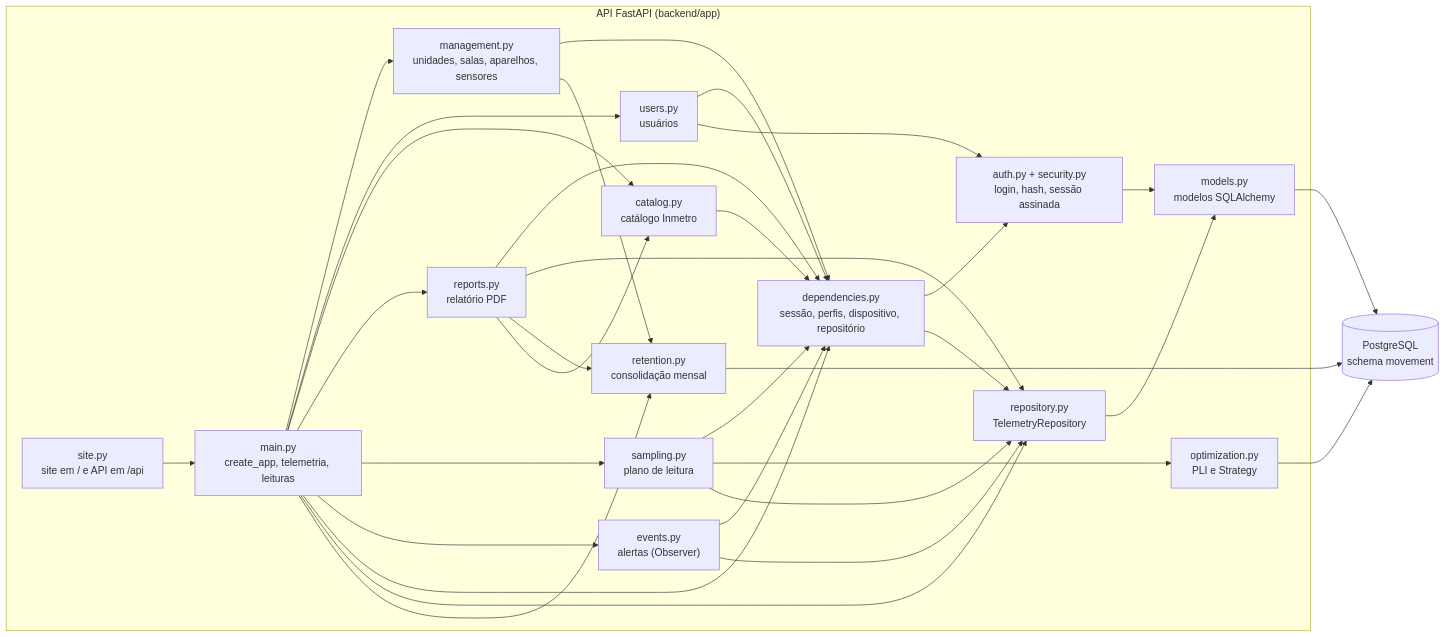
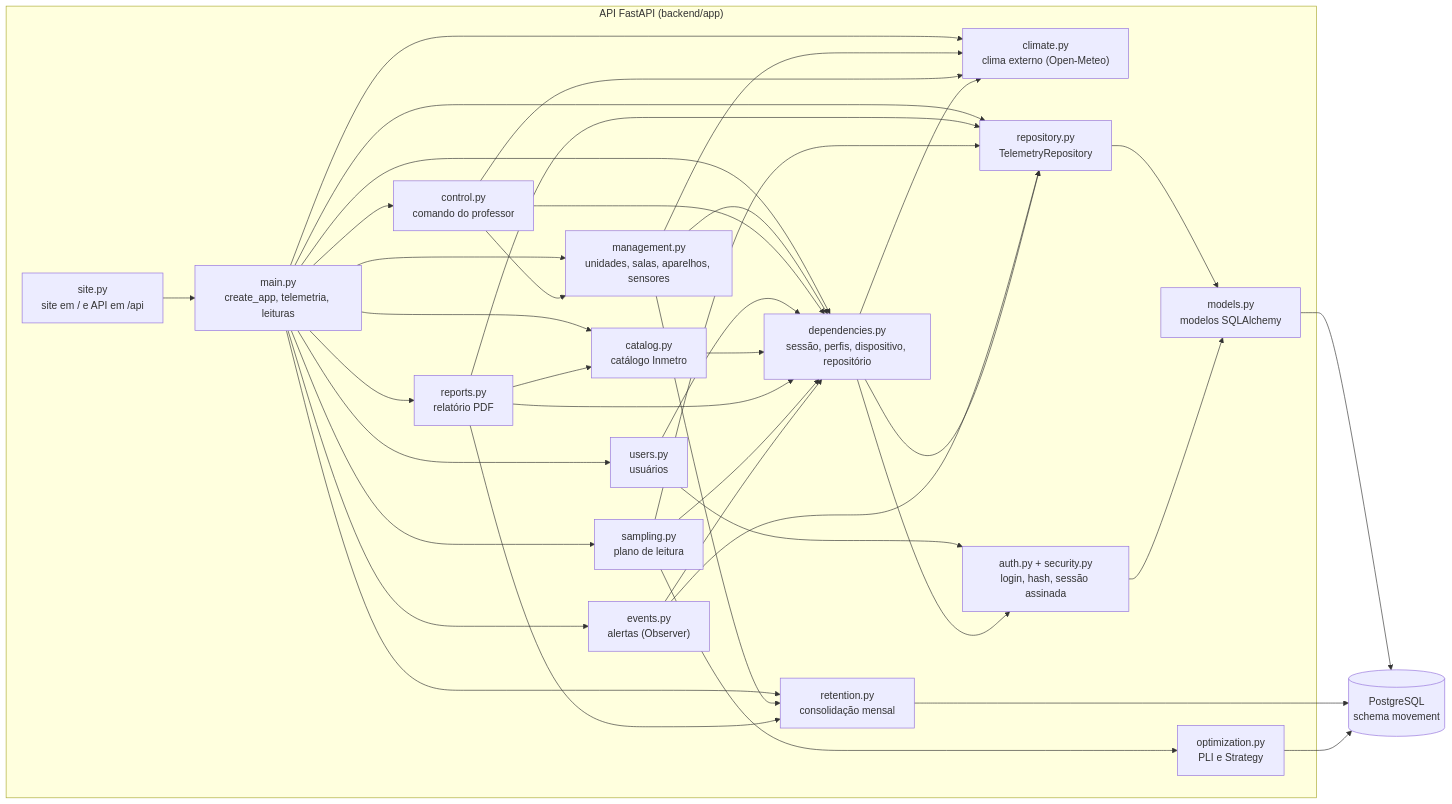
Before and after one commit to expotech2026-2/Projeto-Movement-2.0: the third of 5 diagrams in docs/arquitetura.md, drawn with Mermaid. The commit also changed other lines of this file and 26 other files, not shown here.

First line of the commit message:
feat: controle do professor, clima externo e alvo pelo corpo humano (NR-17)

````diff
--- a/docs/arquitetura.md
+++ b/docs/arquitetura.md
@@ -69,35 +75,38 @@
 ```mermaid
 flowchart LR
   subgraph API["API FastAPI (backend/app)"]
     site["site.py<br/>site em / e API em /api"]
     main["main.py<br/>create_app, telemetria, leituras"]
     mgmt["management.py<br/>unidades, salas, aparelhos, sensores"]
     users["users.py<br/>usuários"]
     catalog["catalog.py<br/>catálogo Inmetro"]
     reports["reports.py<br/>relatório PDF"]
     sampling["sampling.py<br/>plano de leitura"]
     events["events.py<br/>alertas (Observer)"]
+    control["control.py<br/>comando do professor"]
+    climate["climate.py<br/>clima externo (Open-Meteo)"]
     deps["dependencies.py<br/>sessão, perfis, dispositivo, repositório"]
     auth["auth.py + security.py<br/>login, hash, sessão assinada"]
     repo["repository.py<br/>TelemetryRepository"]
     retention["retention.py<br/>consolidação mensal"]
     opt["optimization.py<br/>PLI e Strategy"]
     models["models.py<br/>modelos SQLAlchemy"]
   end
   db[("PostgreSQL<br/>schema movement")]
   site --> main
-  main --> mgmt & users & catalog & reports & sampling & events
-  main --> deps & repo & retention
-  mgmt --> deps & retention
+  main --> mgmt & users & catalog & reports & sampling & events & control
+  main --> deps & repo & retention & climate
+  mgmt --> deps & retention & climate
+  control --> deps & mgmt & climate
   users --> deps & auth
   catalog --> deps
   reports --> deps & repo & retention & catalog
   sampling --> deps & opt & repo
   events --> deps & repo
-  deps --> auth & repo
+  deps --> auth & repo & climate
   repo --> models
   auth --> models
   models --> db
   retention --> db
   opt --> db
 ```
````
